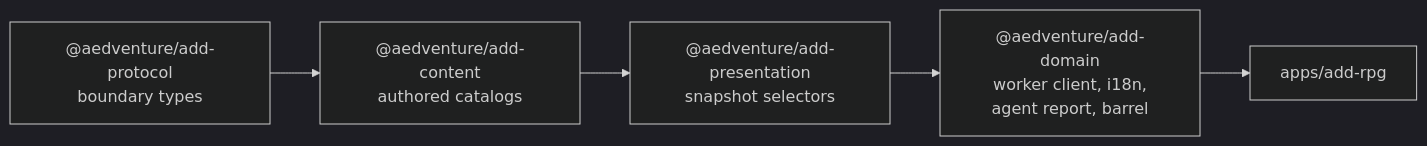
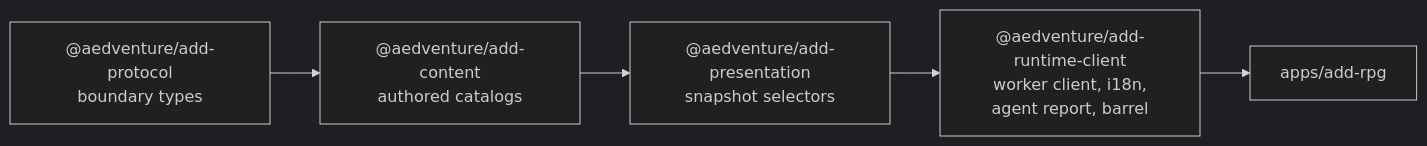
One commit to schiste/aedventure changed the first of 2 diagrams in docs/lore-engine-content-bricks.md. Above: the diagram before and after it, drawn with Mermaid (dark theme). The commit also changed other lines of this file and 58 other files, not shown here.

Commit message:
broker: promote session 31 (Rename @aedventure/add-domain to @aedventure/add-runtime-client now that it holds only the worker client, i18n, the agent report and the barrel)

````diff
--- a/docs/lore-engine-content-bricks.md
+++ b/docs/lore-engine-content-bricks.md
@@ -96,7 +96,7 @@
 ```mermaid
 flowchart LR
   P["@aedventure/add-protocol<br/>boundary types"] --> C["@aedventure/add-content<br/>authored catalogs"]
   C --> PR["@aedventure/add-presentation<br/>snapshot selectors"]
-  PR --> D["@aedventure/add-domain<br/>worker client, i18n,<br/>agent report, barrel"]
+  PR --> D["@aedventure/add-runtime-client<br/>worker client, i18n,<br/>agent report, barrel"]
   D --> A[apps/add-rpg]
 ```
````
